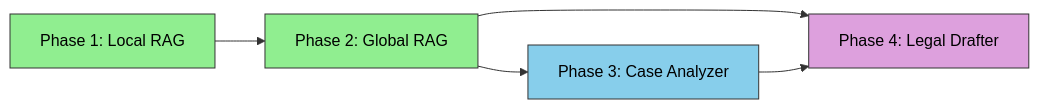
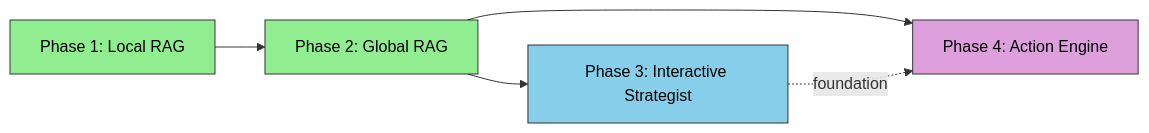
Before and after one commit to HadiTighsazan/Legal_Persian_Agent_For_Lawyers: the second of 3 diagrams in docs/roadmap.md, drawn with Mermaid. The commit also changed other lines of this file and 5 other files, not shown here.

````diff
--- a/docs/roadmap.md
+++ b/docs/roadmap.md
@@ -315,12 +374,12 @@
 ```mermaid
 flowchart LR
     P1[Phase 1: Local RAG] --> P2[Phase 2: Global RAG]
-    P2 --> P3[Phase 3: Case Analyzer]
-    P2 --> P4[Phase 4: Legal Drafter]
-    P3 --> P4
+    P2 --> P3[Phase 3: Interactive Strategist]
+    P2 --> P4[Phase 4: Action Engine]
+    P3 -.->|foundation| P4
     
     style P1 fill:#90EE90,stroke:#333,color:#000
     style P2 fill:#90EE90,stroke:#333,color:#000
     style P3 fill:#87CEEB,stroke:#333,color:#000
     style P4 fill:#DDA0DD,stroke:#333,color:#000
 ```
````
